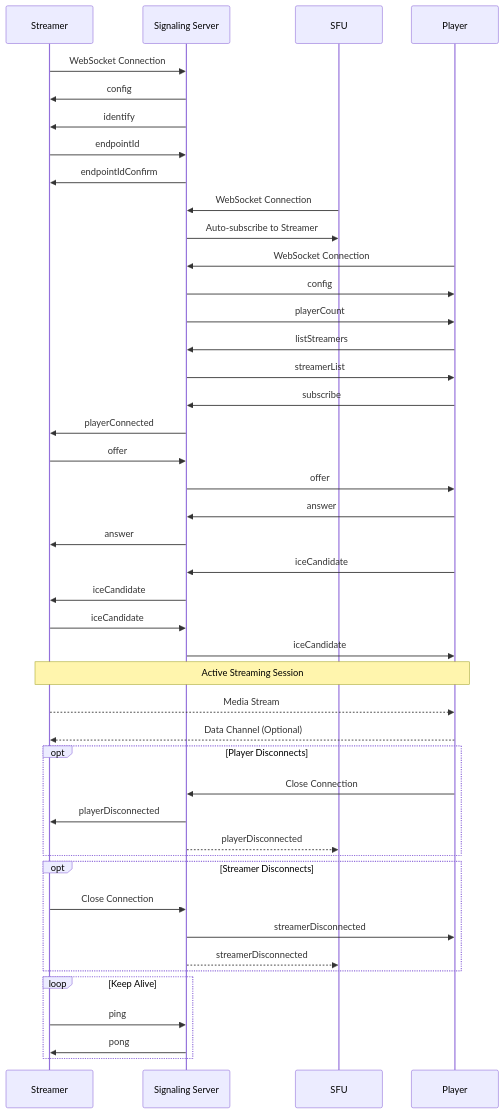
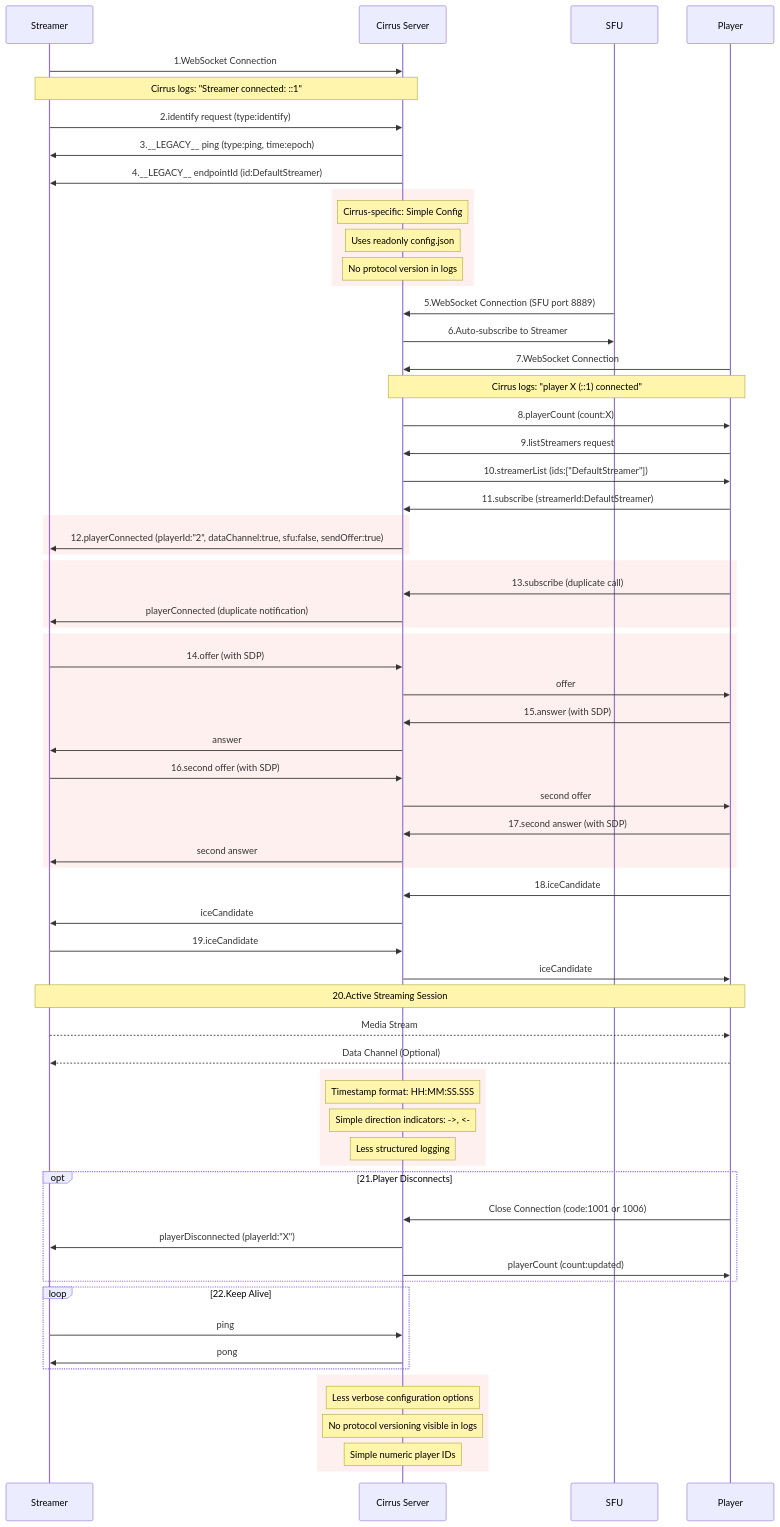
One commit to ShatilKhan/pixel-streaming-flow changed the diagram in Cirrus-flow.md. Above: the diagram before and after it, drawn with Mermaid. The commit also changed other lines of this file, not shown here.

````diff
--- a/Cirrus-flow.md
+++ b/Cirrus-flow.md
@@ -63,63 +3,96 @@
 ```mermaid
 sequenceDiagram
     participant S as Streamer
-    participant SS as Signaling Server
+    participant CS as Cirrus Server
     participant SFU as SFU
     participant P as Player
 
     %% Initial Connection Phase
-    S->>SS: WebSocket Connection
-    SS->>S: config
-    SS->>S: identify
-    S->>SS: endpointId
-    SS->>S: endpointIdConfirm
+    S->>CS: 1.WebSocket Connection
+    note over CS,S: Cirrus logs: "Streamer connected: ::1"
+    S->>CS: 2.identify request (type:identify)
+    CS->>S: 3.__LEGACY__ ping (type:ping, time:epoch)
+    CS->>S: 4.__LEGACY__ endpointId (id:DefaultStreamer)
+
+    %% Configuration
+    rect rgb(255, 240, 240)
+        note over CS: Cirrus-specific: Simple Config
+        note over CS: Uses readonly config.json
+        note over CS: No protocol version in logs
+    end
 
     %% SFU Connection (Optional)
-    SFU->>SS: WebSocket Connection
-    SS->>SFU: Auto-subscribe to Streamer
+    SFU->>CS: 5.WebSocket Connection (SFU port 8889)
+    CS->>SFU: 6.Auto-subscribe to Streamer
 
     %% Player Connection & Stream Setup
-    P->>SS: WebSocket Connection
-    SS->>P: config
-    SS->>P: playerCount
-    P->>SS: listStreamers
-    SS->>P: streamerList
-    P->>SS: subscribe
-    SS->>S: playerConnected
+    P->>CS: 7.WebSocket Connection
+    note over CS,P: Cirrus logs: "player X (::1) connected"
+    CS->>P: 8.playerCount (count:X)
+    P->>CS: 9.listStreamers request
+    CS->>P: 10.streamerList (ids:["DefaultStreamer"])
+    P->>CS: 11.subscribe (streamerId:DefaultStreamer)
+    
+    %% Cirrus-specific connection message format
+    rect rgb(255, 240, 240)
+        CS->>S: 12.playerConnected (playerId:"2", dataChannel:true, sfu:false, sendOffer:true)
+    end
 
-    %% WebRTC Negotiation
-    S->>SS: offer
-    SS->>P: offer
-    P->>SS: answer
-    SS->>S: answer
+    %% Multiple subscribe calls in Cirrus
+    rect rgb(255, 240, 240)
+        P->>CS: 13.subscribe (duplicate call)
+        CS->>S: playerConnected (duplicate notification)
+    end
     
+    %% WebRTC Negotiation without scalability mode
+    rect rgb(255, 240, 240)
+        S->>CS: 14.offer (with SDP)
+        CS->>P: offer
+        P->>CS: 15.answer (with SDP)
+        CS->>S: answer
+        
+        %% Multiple offer-answer exchanges
+        S->>CS: 16.second offer (with SDP)
+        CS->>P: second offer
+        P->>CS: 17.second answer (with SDP)
+        CS->>S: second answer
+    end
+
     %% ICE Candidate Exchange
-    P->>SS: iceCandidate
-    SS->>S: iceCandidate
-    S->>SS: iceCandidate
-    SS->>P: iceCandidate
+    P->>CS: 18.iceCandidate
+    CS->>S: iceCandidate
+    S->>CS: 19.iceCandidate
+    CS->>P: iceCandidate
 
     %% Streaming & Data Channels
-    Note over S,P: Active Streaming Session
+    Note over S,P: 20.Active Streaming Session
     S-->>P: Media Stream
     P-->>S: Data Channel (Optional)
 
-    %% Disconnect Scenarios
-    opt Player Disconnects
-        P->>SS: Close Connection
-        SS->>S: playerDisconnected
-        SS-->>SFU: playerDisconnected
+    %% Cirrus-specific Logging
+    rect rgb(255, 240, 240)
+        note over CS: Timestamp format: HH:MM:SS.SSS
+        note over CS: Simple direction indicators: ->, <-
+        note over CS: Less structured logging
     end
 
-    opt Streamer Disconnects
-        S->>SS: Close Connection
-        SS->>P: streamerDisconnected
-        SS-->>SFU: streamerDisconnected
+    %% Disconnect Scenarios with specific format
+    opt 21.Player Disconnects
+        P->>CS: Close Connection (code:1001 or 1006)
+        CS->>S: playerDisconnected (playerId:"X")
+        CS->>P: playerCount (count:updated)
     end
 
     %% Health Checks
-    loop Keep Alive
-        S->>SS: ping
-        SS->>S: pong
+    loop 22.Keep Alive
+        S->>CS: ping
+        CS->>S: pong
+    end
+
+    %% Additional Cirrus-Specific Features
+    rect rgb(255, 240, 240)
+        note over CS: Less verbose configuration options
+        note over CS: No protocol versioning visible in logs
+        note over CS: Simple numeric player IDs
     end
 ```
````
